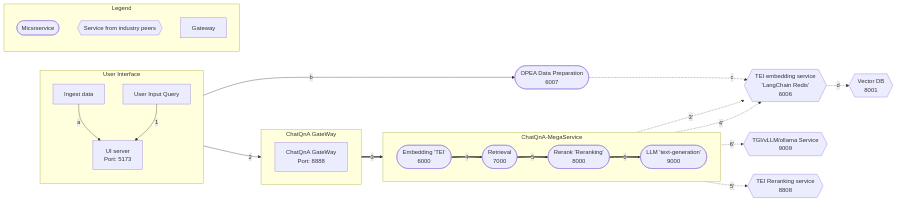
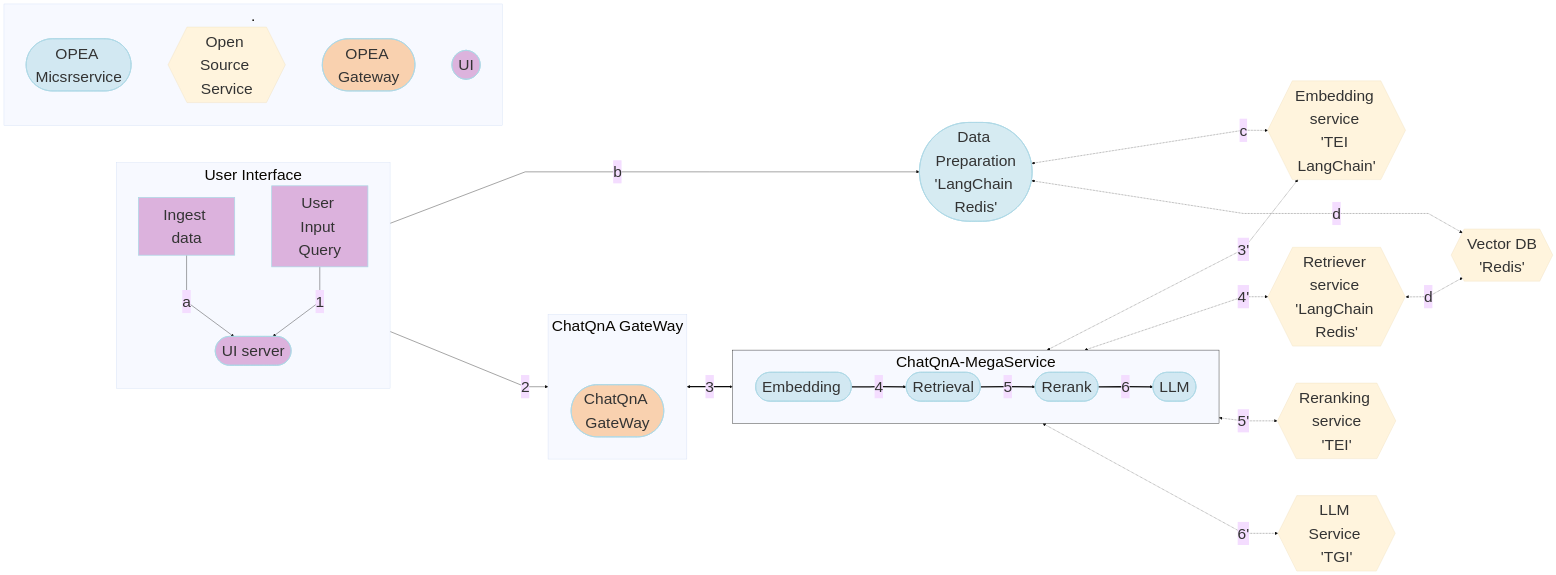
Before and after one commit to opea-project/GenAIExamples: the diagram in ChatQnA/README.md, drawn with Mermaid.

Commit message:
Updated Flowchart

````diff
--- a/ChatQnA/README.md
+++ b/ChatQnA/README.md
@@ -13,63 +13,84 @@
 ```mermaid
-graph LR
+---
+config:
+  flowchart:
+    nodeSpacing: 100
+    rankSpacing: 100
+    curve: linear
+  theme: base
+  themeVariables:
+    fontSize: 42px
+---
+flowchart LR
+    %% Colors %%
+    classDef blue fill:#ADD8E6,stroke:#ADD8E6,stroke-width:2px,fill-opacity:0.5
+    classDef orange fill:#FBAA60,stroke:#ADD8E6,stroke-width:2px,fill-opacity:0.5
+    classDef orchid fill:#C26DBC,stroke:#ADD8E6,stroke-width:2px,fill-opacity:0.5
+    classDef invisible fill:transparent,stroke:transparent;
+    style ChatQnA-MegaService stroke:#000000
+    %% Subgraphs %%
     subgraph ChatQnA-MegaService["ChatQnA-MegaService"]
         direction LR
-        EM([Embedding 'TEI' <br>6000])
-        RET([Retrieval <br>7000])
-        RER([Rerank 'Reranking'<br>8000])
-        LLM([LLM 'text-generation'<br>9000])
+        EM([Embedding <br>]):::blue
+        RET([Retrieval <br>]):::blue
+        RER([Rerank <br>]):::blue
+        LLM([LLM <br>]):::blue
+    end
+    subgraph User Interface
+        direction TB
+        a([User Input Query]):::orchid
+        Ingest([Ingest data]):::orchid
+        UI([UI server<br>]):::orchid
+    end
+    subgraph ChatQnA GateWay
+        direction LR
+        invisible1[ ]:::invisible
+        GW([ChatQnA GateWay<br>]):::orange
+    end
+    subgraph .
+        X([OPEA Micsrservice]):::blue
+        Y{{Open Source Service}}
+        Z([OPEA Gateway]):::orange
+        Z1([UI]):::orchid
     end
 
-    direction TB
-    TEI_EM{{TEI embedding service <br>'LangChain Redis'<br>6006}}
-    VDB{{Vector DB<br>8001}}
-    %% Vector DB interaction
-    TEI_EM -.->|d|VDB
-
-    DP([OPEA Data Preparation<br>6007])
-    LLM_gen{{TGI/vLLM/ollama Service<br>9009}}
-
-    TEI_RER{{TEI Reranking service<br>8808}}
-
-    subgraph User Interface
-        direction TB
-        a[User Input Query]
-        Ingest[Ingest data]
-        UI[UI server<br>Port: 5173]
-    end
-
-    subgraph ChatQnA GateWay
-        direction LR
-        GW[ChatQnA GateWay<br>Port: 8888]
-    end
+    TEI_RER{{Reranking service<br>'TEI'<br>}}
+    TEI_EM{{Embedding service <br>'TEI LangChain'<br>}}
+    VDB{{Vector DB<br>'Redis'<br>}}
+    R_RET{{Retriever service <br>'LangChain Redis'<br>}}
+    DP([Data Preparation<br>'LangChain Redis'<br>]):::blue
+    LLM_gen{{LLM Service <br>'TGI'<br>}}
 
     %% Data Preparation flow
     %% Ingest data flow
     direction LR
     Ingest[Ingest data] -->|a| UI
     UI -->|b| DP
-    DP -.->|c| TEI_EM
+    DP <-.->|c| TEI_EM
 
     %% Questions interaction
     direction LR
     a[User Input Query] -->|1| UI
     UI -->|2| GW
-    GW ==>|3| ChatQnA-MegaService
+    GW <==>|3| ChatQnA-MegaService
     EM ==>|4| RET
     RET ==>|5| RER
     RER ==>|6| LLM
 
 
     %% Embedding service flow
     direction TB
-    EM -.->|3'| TEI_EM
-    RET -.->|4'| TEI_EM
-    RER -.->|5'| TEI_RER
-    LLM -.->|6'| LLM_gen
+    EM <-.->|3'| TEI_EM
+    RET <-.->|4'| R_RET
+    RER <-.->|5'| TEI_RER
+    LLM <-.->|6'| LLM_gen
 
-    subgraph Legend
-        X([Micsrservice])
-        Y{{Service from industry peers}}
-        Z[Gateway]
-    end
+    direction TB
+    %% Vector DB interaction
+    R_RET <-.->|d|VDB
+    DP <-.->|d|VDB
+
+
+
+
 ```
````
